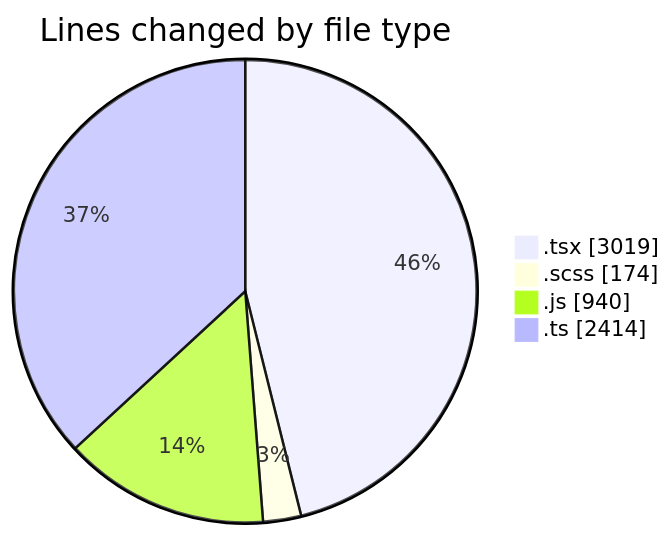
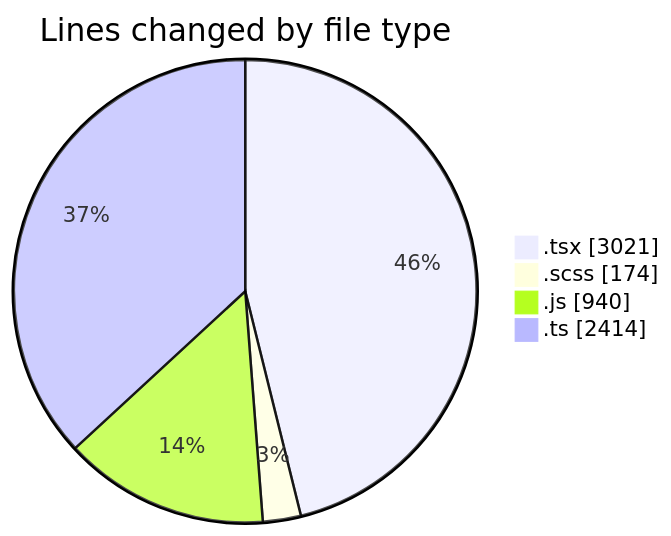
One commit to momahboobian/code-tracking changed the first of 2 diagrams in 2026-07-15/cda/README.md. Above: the diagram before and after it, drawn with Mermaid. The commit also changed other lines of this file and 1 other file, not shown here.

````diff
--- a/2026-07-15/cda/README.md
+++ b/2026-07-15/cda/README.md
@@ -51,8 +51,8 @@
 ```mermaid
 pie showData
 title Lines changed by file type
-".tsx" : 3019
+".tsx" : 3021
 ".scss" : 174
 ".js" : 940
 ".ts" : 2414
 ```
````
